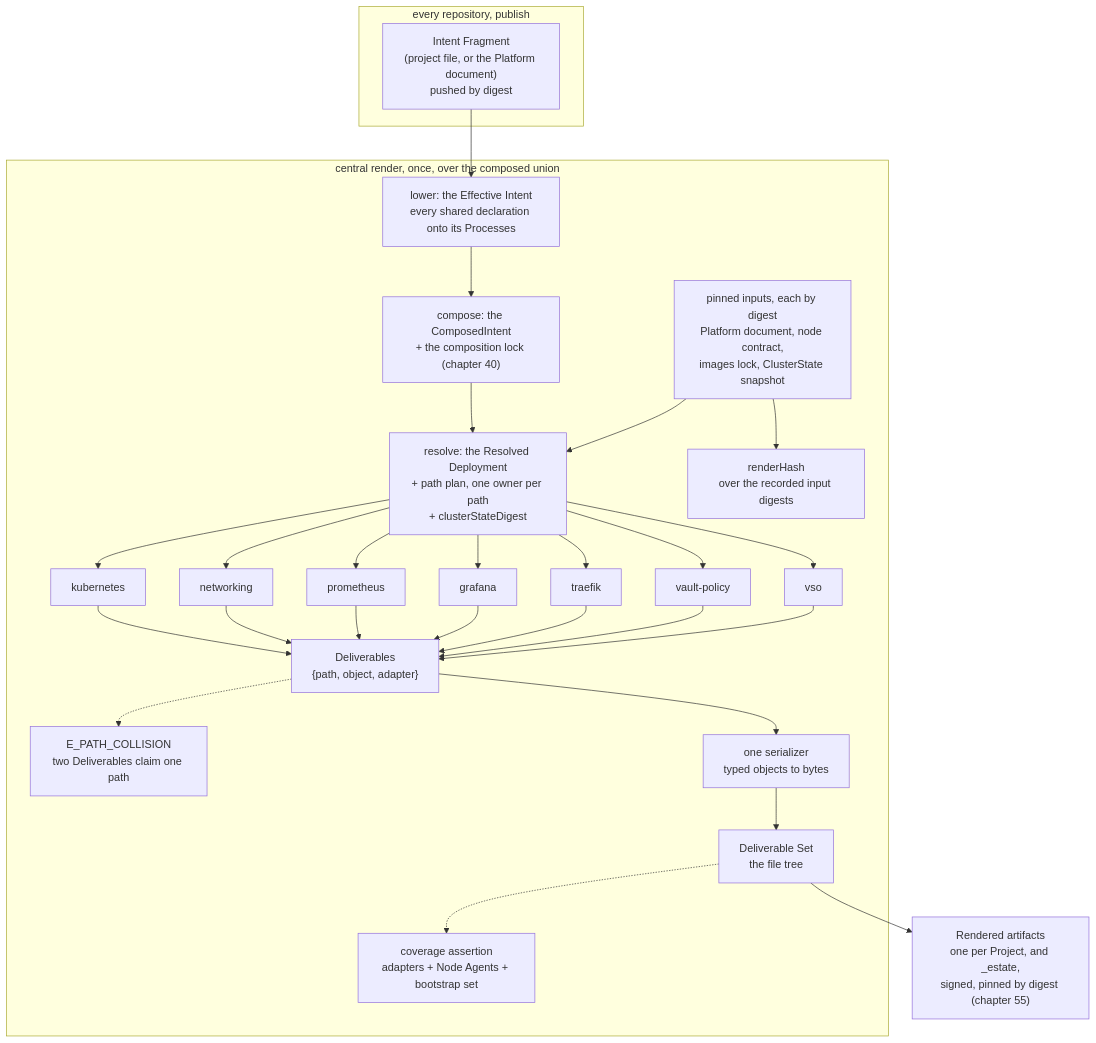
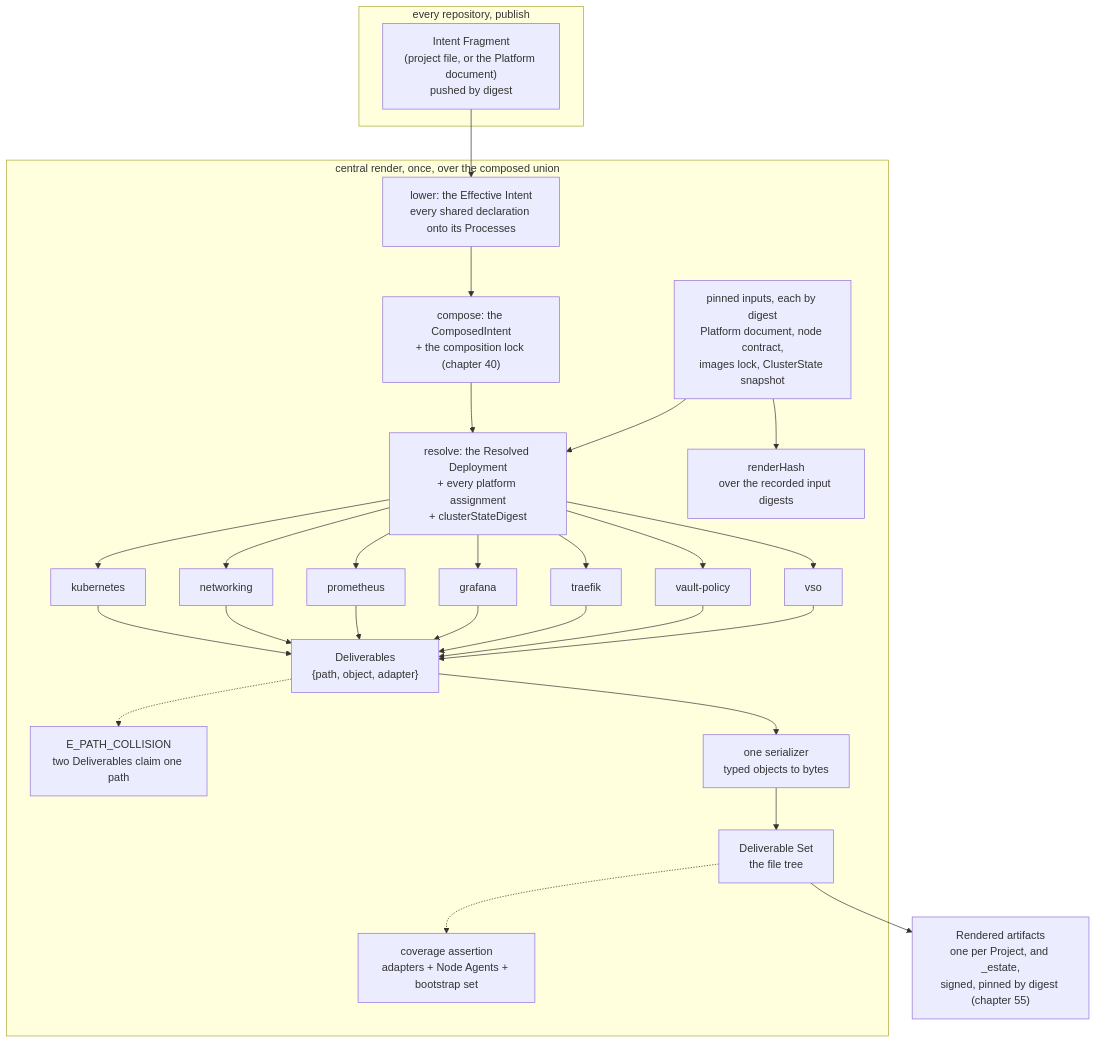
One commit to JorisJonkers-dev/deploy-kit changed the diagram in spec/v1/30-deliverables.md. Above: the diagram before and after it, drawn with Mermaid. The commit also changed other lines of this file and 28 other files, not shown here.

First line of the commit message:
fix(model): drop the path plan nothing computes, and align four spec passages with the compiler

````diff
--- a/spec/v1/30-deliverables.md
+++ b/spec/v1/30-deliverables.md
@@ -640,30 +646,30 @@
 ```mermaid
 flowchart TB
     subgraph pub["every repository, publish"]
       IF["Intent Fragment<br/>(project file, or the Platform document)<br/>pushed by digest"]
     end
     subgraph agg["central render, once, over the composed union"]
       EI["lower: the Effective Intent<br/>every shared declaration onto its Processes"]
       CI["compose: the ComposedIntent<br/>+ the composition lock (chapter 40)"]
       PIN["pinned inputs, each by digest<br/>Platform document, node contract,<br/>images lock, ClusterState snapshot"]
       H["renderHash<br/>over the recorded input digests"]
-      RD["resolve: the Resolved Deployment<br/>+ path plan, one owner per path<br/>+ clusterStateDigest"]
+      RD["resolve: the Resolved Deployment<br/>+ every platform assignment<br/>+ clusterStateDigest"]
       EI --> CI --> RD
       PIN --> RD
       PIN --> H
       RD --> A1["kubernetes"]
       RD --> A2["networking"]
       RD --> A3["prometheus"]
       RD --> A4["grafana"]
       RD --> A5["traefik"]
       RD --> A6["vault-policy"]
       RD --> A7["vso"]
       A1 & A2 & A3 & A4 & A5 & A6 & A7 --> DL["Deliverables<br/>{path, object, adapter}"]
       DL -.-> COL["E_PATH_COLLISION<br/>two Deliverables claim one path"]
       DL --> SER["one serializer<br/>typed objects to bytes"]
       SER --> T["Deliverable Set<br/>the file tree"]
       T -.-> L["coverage assertion<br/>adapters + Node Agents + bootstrap set"]
     end
     IF --> EI
     T --> X["Rendered artifacts<br/>one per Project, and _estate,<br/>signed, pinned by digest (chapter 55)"]
 ```
````
